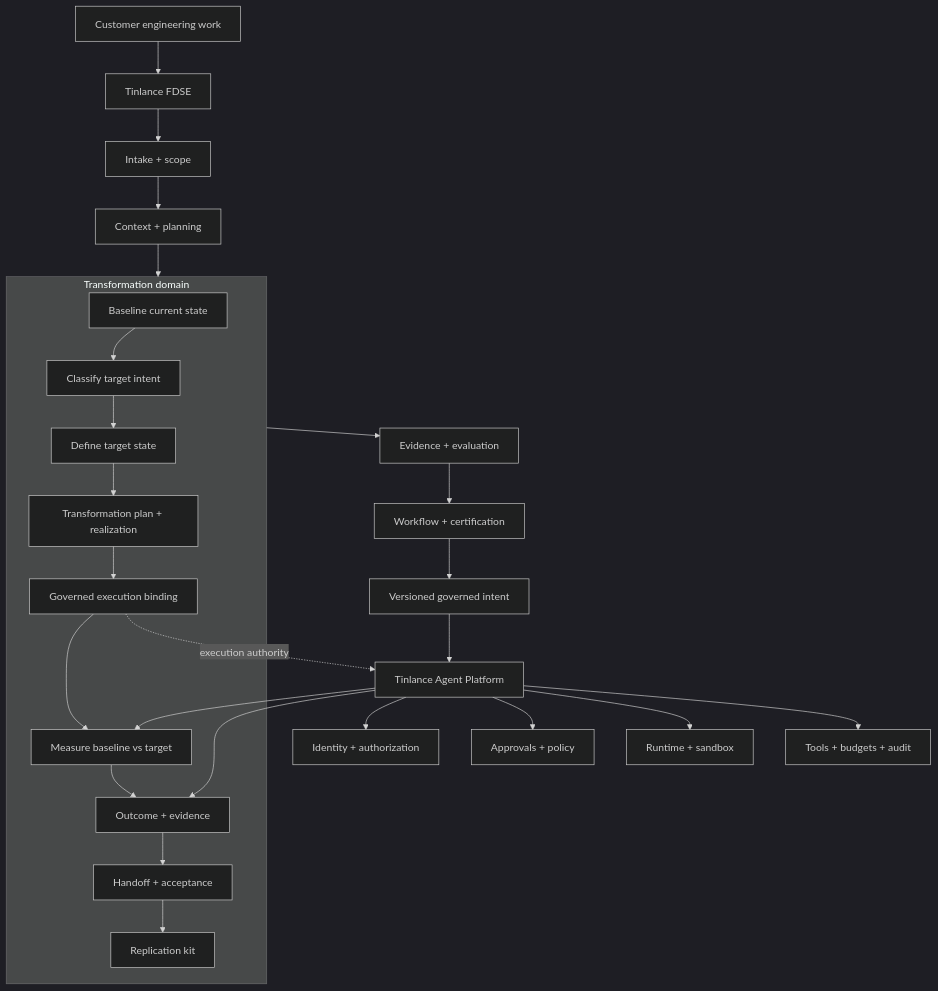
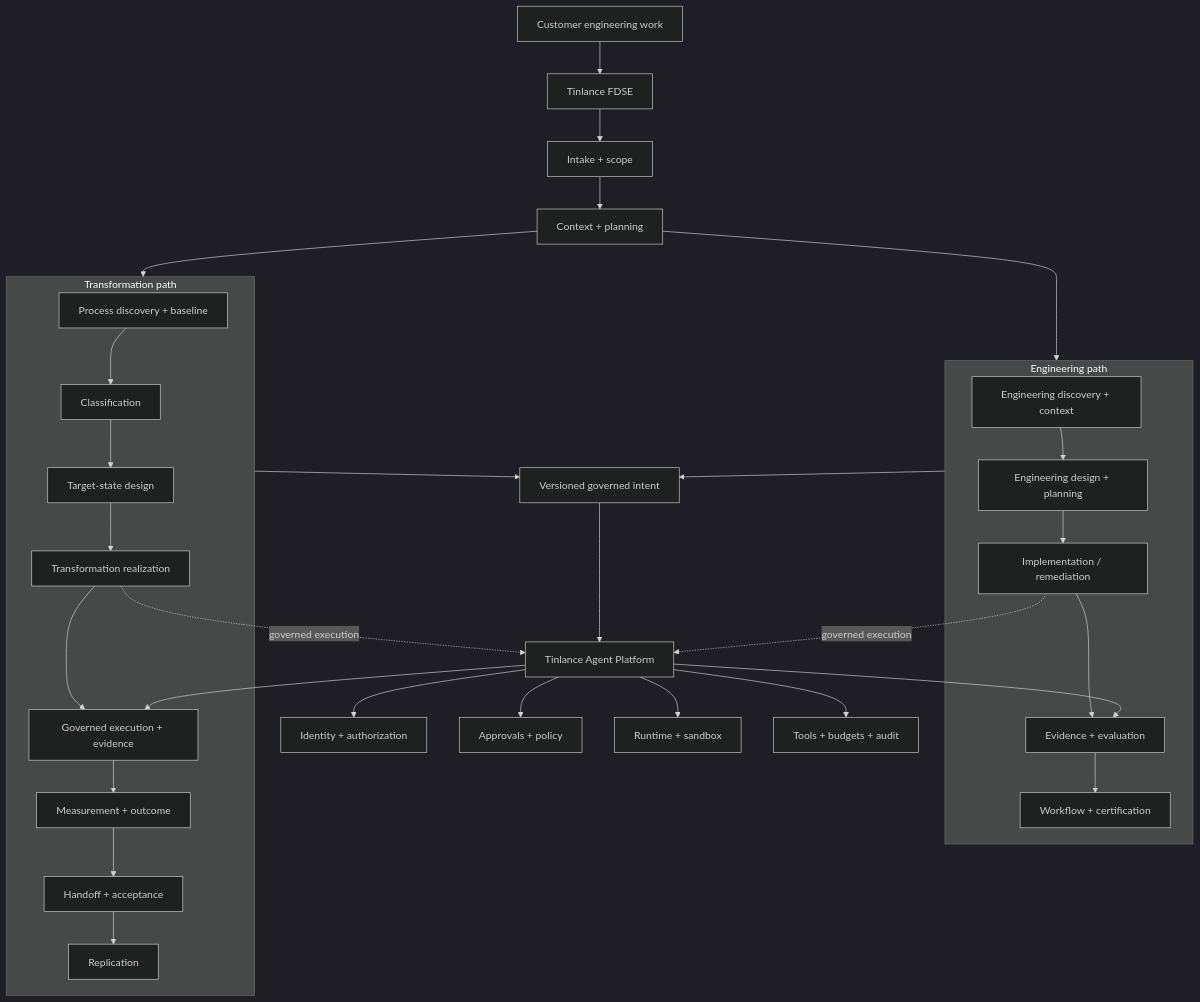
Before and after one commit to LloydCoder/tinlance-fdse: the diagram in README.md, drawn with Mermaid (dark theme).

Commit message:
docs: show engineering and transformation paths

```diff
--- a/README.md
+++ b/README.md
@@ -7,31 +7,39 @@
 ~~~mermaid
 flowchart TD
     A[Customer engineering work] --> B[Tinlance FDSE]
-    B --> B1[Intake + scope]
-    B1 --> B2[Context + planning]
-    B2 --> T
+    B --> I[Intake + scope]
+    I --> J[Context + planning]
 
-    subgraph T[Transformation domain]
-        T1[Baseline current state] --> T2[Classify target intent]
-        T2 --> T3[Define target state]
-        T3 --> T4[Transformation plan + realization]
-        T4 --> T5[Governed execution binding]
-        T5 --> T6[Measure baseline vs target]
-        T6 --> T7[Outcome + evidence]
-        T7 --> T8[Handoff + acceptance]
-        T8 --> T9[Replication kit]
+    J --> E
+    J --> T
+
+    subgraph E[Engineering path]
+        E1[Engineering discovery + context] --> E2[Engineering design + planning]
+        E2 --> E3[Implementation / remediation]
+        E3 --> E4[Evidence + evaluation]
+        E4 --> E5[Workflow + certification]
     end
 
-    T --> B3[Evidence + evaluation]
-    B3 --> B4[Workflow + certification]
-    B4 --> C[Versioned governed intent]
-    C --> D[Tinlance Agent Platform]
-    D --> D1[Identity + authorization]
-    D --> D2[Approvals + policy]
-    D --> D3[Runtime + sandbox]
-    D --> D4[Tools + budgets + audit]
+    subgraph T[Transformation path]
+        T1[Process discovery + baseline] --> T2[Classification]
+        T2 --> T3[Target-state design]
+        T3 --> T4[Transformation realization]
+        T4 --> T5[Governed execution + evidence]
+        T5 --> T6[Measurement + outcome]
+        T6 --> T7[Handoff + acceptance]
+        T7 --> T8[Replication]
+    end
 
-    T5 -. execution authority .-> D
-    D --> T6
-    D --> T7
+    E --> G[Versioned governed intent]
+    T --> G
+    G --> P[Tinlance Agent Platform]
+    P --> P1[Identity + authorization]
+    P --> P2[Approvals + policy]
+    P --> P3[Runtime + sandbox]
+    P --> P4[Tools + budgets + audit]
+
+    E3 -. governed execution .-> P
+    T4 -. governed execution .-> P
+    P --> E4
+    P --> T5
 ~~~
```
